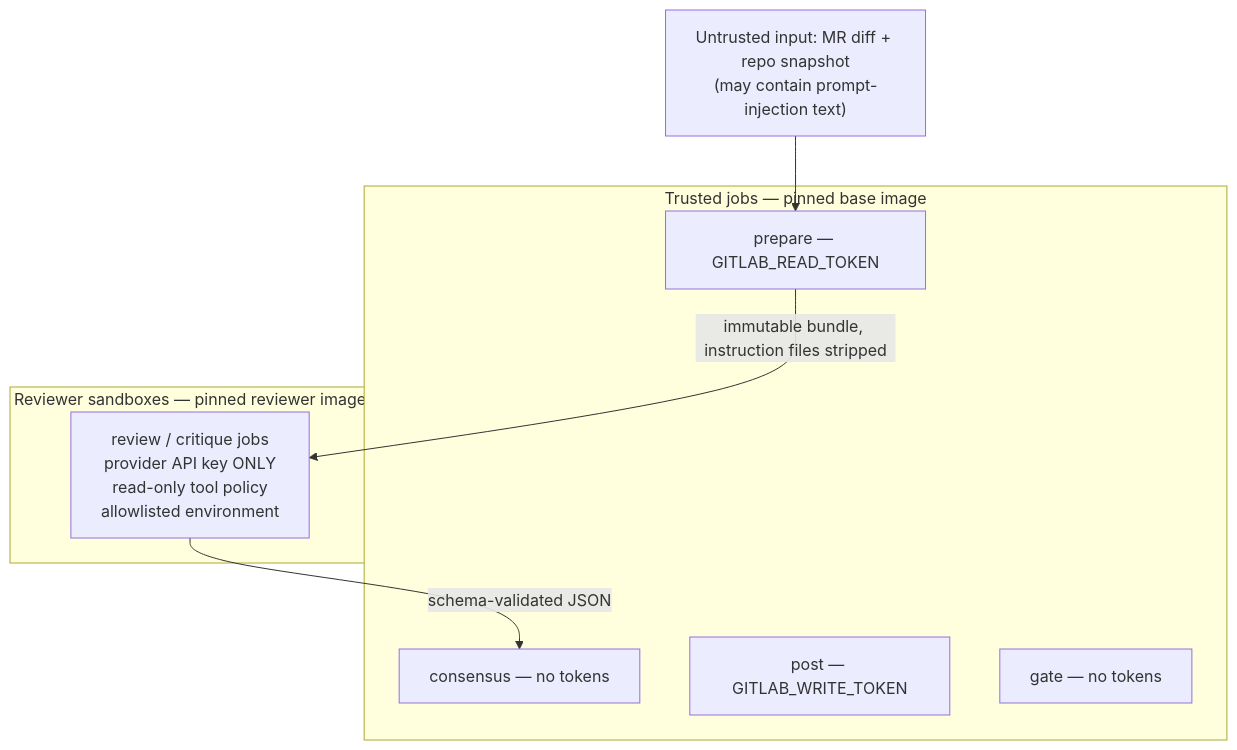
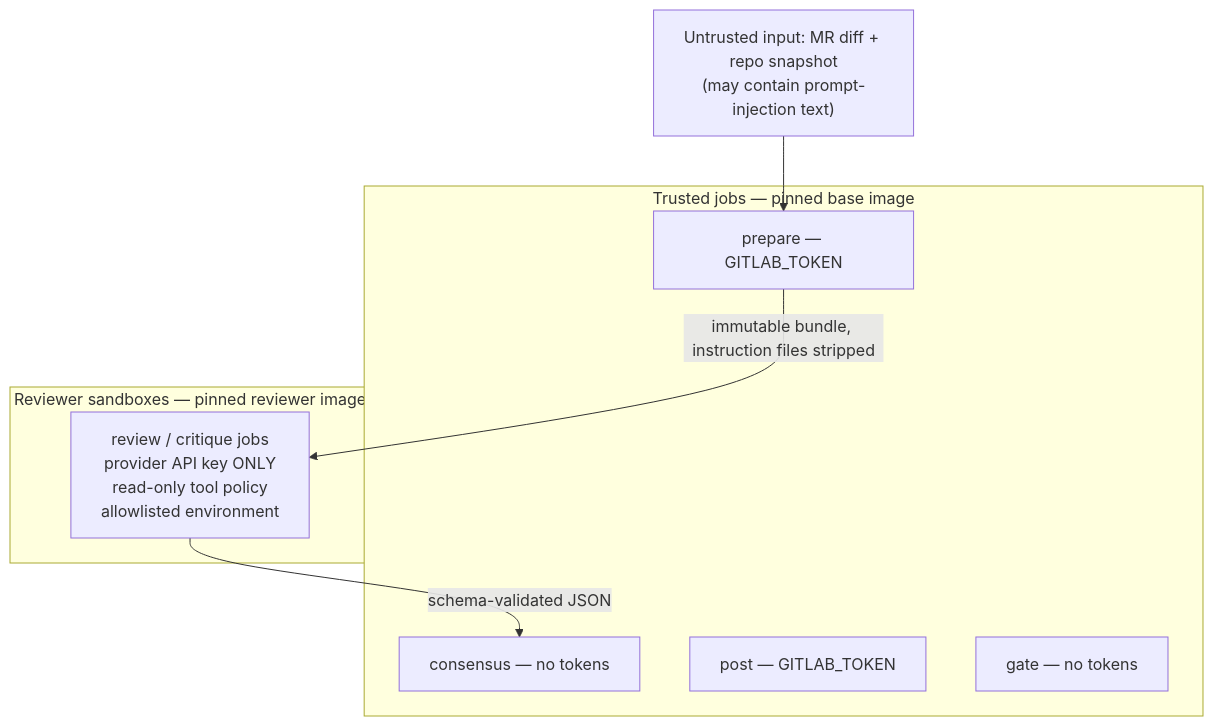
Before and after one commit to seanleecoder/code-tribunal: the second of 2 diagrams in docs/ARCHITECTURE.md, drawn with Mermaid. The commit also changed other lines of this file and 11 other files, not shown here.

First line of the commit message:
feat: implement single GITLAB_TOKEN support (SPEC-24) (#53)

````diff
--- a/docs/ARCHITECTURE.md
+++ b/docs/ARCHITECTURE.md
@@ -70,16 +70,16 @@
 ```mermaid
 flowchart TB
     subgraph TRUSTED["Trusted jobs — pinned base image"]
-        PREP2["prepare — GITLAB_READ_TOKEN"]
+        PREP2["prepare — GITLAB_TOKEN"]
         CONS2["consensus — no tokens"]
-        POST2["post — GITLAB_WRITE_TOKEN"]
+        POST2["post — GITLAB_TOKEN"]
         GATE2["gate — no tokens"]
     end
     subgraph SANDBOX["Reviewer sandboxes — pinned reviewer image"]
         REV2["review / critique jobs<br/>provider API key ONLY<br/>read-only tool policy<br/>allowlisted environment"]
     end
     HOSTILE["Untrusted input: MR diff + repo snapshot<br/>(may contain prompt-injection text)"]
     HOSTILE --> PREP2
     PREP2 -->|immutable bundle, instruction files stripped| REV2
     REV2 -->|schema-validated JSON| CONS2
 ```
````
